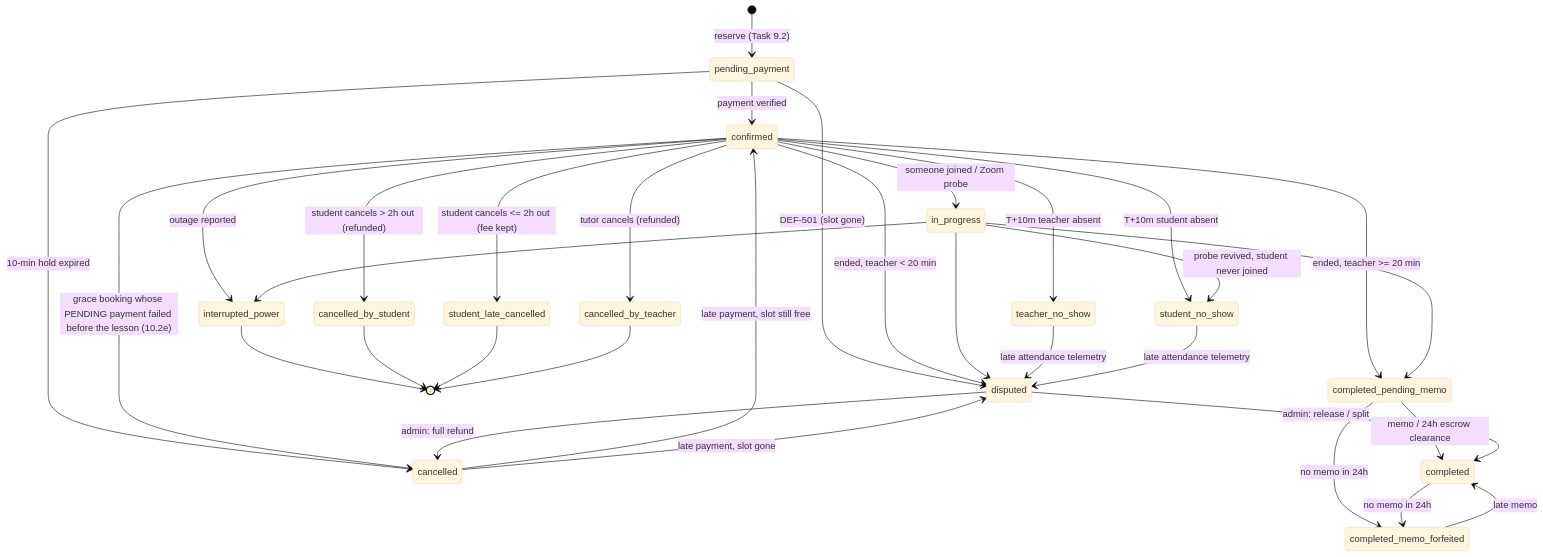
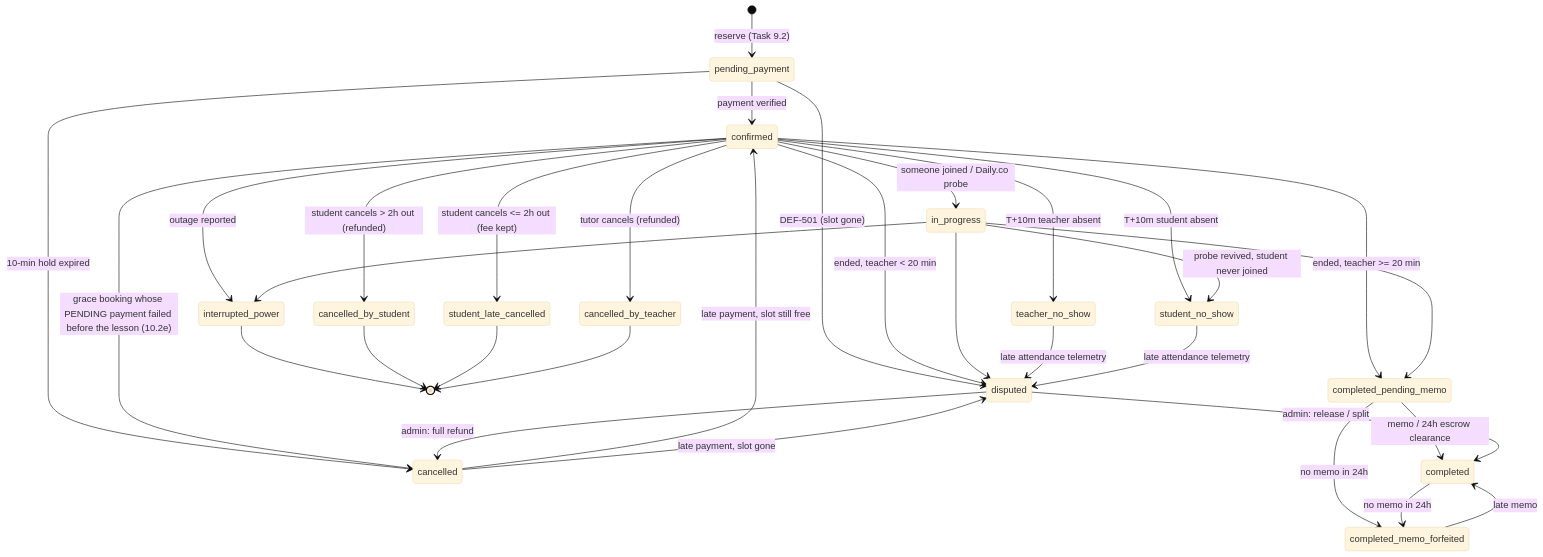
Before and after one commit to sharonremotedeveloper/SharonOnline: the diagram in docs/BOOKING_STATE_MACHINE.md, drawn with Mermaid (base theme). The commit also changed other lines of this file and 45 other files, not shown here.

Commit message:
feat(video): migrate video conferencing from Zoom to Daily.co WebRTC (Decision D-14)

````diff
--- a/docs/BOOKING_STATE_MACHINE.md
+++ b/docs/BOOKING_STATE_MACHINE.md
@@ -22,35 +22,35 @@
 ```mermaid
 stateDiagram-v2
     [*] --> pending_payment: reserve (Task 9.2)
     pending_payment --> confirmed: payment verified
     pending_payment --> cancelled: 10-min hold expired
     pending_payment --> disputed: DEF-501 (slot gone)
     cancelled --> confirmed: late payment, slot still free
     cancelled --> disputed: late payment, slot gone
-    confirmed --> in_progress: someone joined / Zoom probe
+    confirmed --> in_progress: someone joined / Daily.co probe
     confirmed --> teacher_no_show: T+10m teacher absent
     confirmed --> student_no_show: T+10m student absent
     confirmed --> interrupted_power: outage reported
     confirmed --> cancelled_by_student: student cancels > 2h out (refunded)
     confirmed --> student_late_cancelled: student cancels <= 2h out (fee kept)
     confirmed --> cancelled_by_teacher: tutor cancels (refunded)
     confirmed --> completed_pending_memo: ended, teacher >= 20 min
     confirmed --> disputed: ended, teacher < 20 min
     confirmed --> cancelled: grace booking whose PENDING payment failed before the lesson (10.2e)
     in_progress --> completed_pending_memo
     in_progress --> disputed
     in_progress --> interrupted_power
     in_progress --> student_no_show: probe revived, student never joined
     teacher_no_show --> disputed: late attendance telemetry
     student_no_show --> disputed: late attendance telemetry
     completed_pending_memo --> completed: memo / 24h escrow clearance
     completed_pending_memo --> completed_memo_forfeited: no memo in 24h
     completed --> completed_memo_forfeited: no memo in 24h
     completed_memo_forfeited --> completed: late memo
     disputed --> cancelled: admin: full refund
     disputed --> completed: admin: release / split
     interrupted_power --> [*]
     cancelled_by_student --> [*]
     student_late_cancelled --> [*]
     cancelled_by_teacher --> [*]
 ```
````
